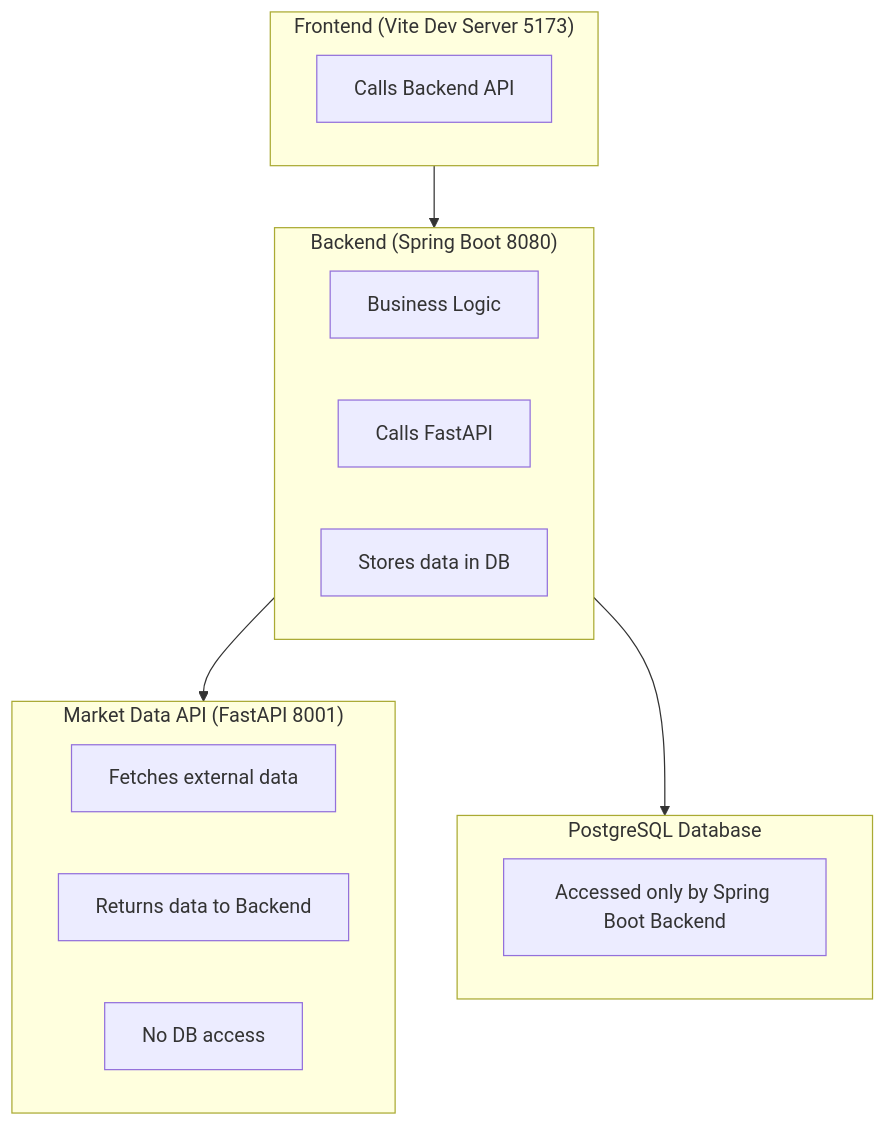
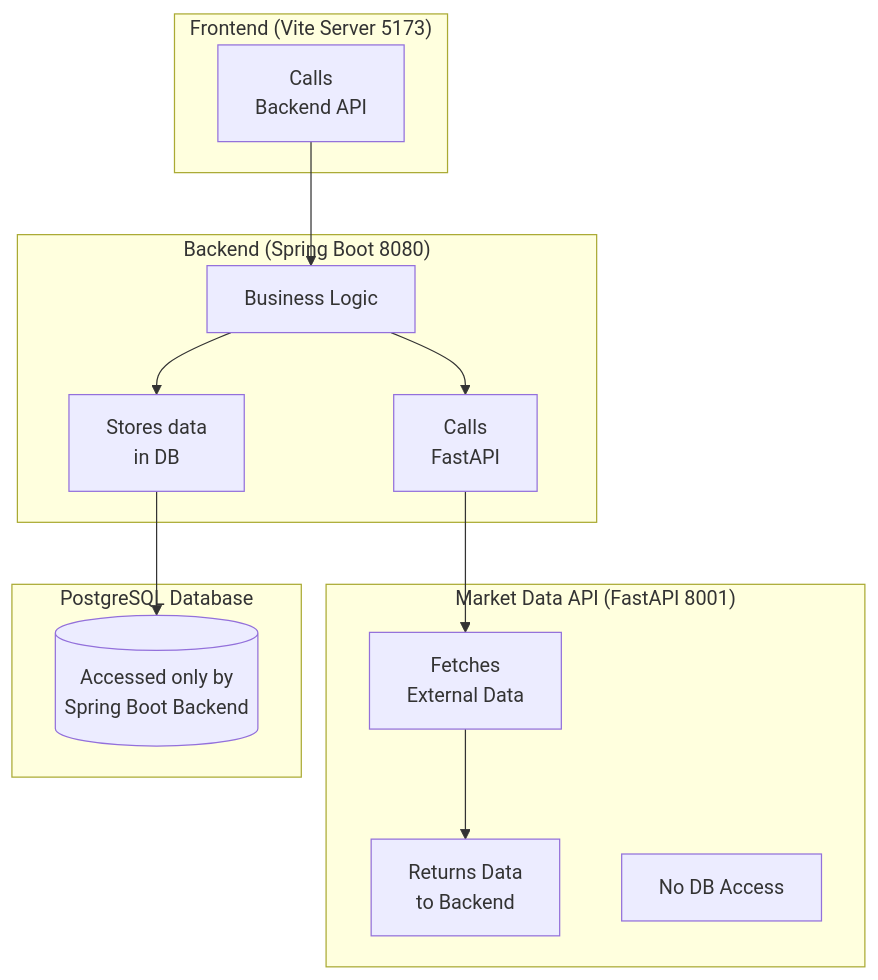
Before and after one commit to nvmcer/stock-system: the diagram in README.md, drawn with Mermaid. The commit also changed other lines of this file, not shown here.

Commit message:
Update README with improved system architecture diagram

````diff
--- a/README.md
+++ b/README.md
@@ -14,27 +16,35 @@
 ```mermaid
-flowchart TD
+flowchart TB
+ subgraph FE["Frontend (Vite Server 5173)"]
+        FE1["Calls<br/>Backend API"]
+  end
+ subgraph BE["Backend (Spring Boot 8080)"]
+        BE1["Business Logic"]
+        BE2["Calls<br/>FastAPI"]
+        BE3["Stores data<br/>in DB"]
+  end
+ subgraph FA["Market Data API (FastAPI 8001)"]
+        FA1["Fetches<br/>External Data"]
+        FA2["Returns Data<br/>to Backend"]
+        FA3["No DB Access"]
+  end
+ subgraph DB["PostgreSQL Database"]
+        DB1["Accessed only by<br/>Spring Boot Backend"]
+  end
+    FE1 L_FE1_BE1_0@--> BE1
+    BE1 --> BE2 & BE3
+    BE2 --> FA1
+    FA1 --> FA2
+    BE3 --> DB1
 
-    subgraph Frontend["Frontend (Vite Dev Server 5173)"]
-        FE1["Calls Backend API"]
-    end
+    FE1@{ shape: rect}
+    BE1@{ shape: rect}
+    BE2@{ shape: rect}
+    BE3@{ shape: rect}
+    FA1@{ shape: rect}
+    FA2@{ shape: rect}
+    FA3@{ shape: rect}
+    DB1@{ shape: cyl}
 
-    subgraph Backend["Backend (Spring Boot 8080)"]
-        BE1["Business Logic"]
-        BE2["Calls FastAPI"]
-        BE3["Stores data in DB"]
-    end
-
-    subgraph FastAPI["Market Data API (FastAPI 8001)"]
-        FA1["Fetches external data"]
-        FA2["Returns data to Backend"]
-        FA3["No DB access"]
-    end
-
-    subgraph DB["PostgreSQL Database"]
-        DB1["Accessed only by Spring Boot Backend"]
-    end
-
-    Frontend --> Backend
-    Backend --> FastAPI
-    Backend --> DB
+    L_FE1_BE1_0@{ curve: natural }
 ```
````
